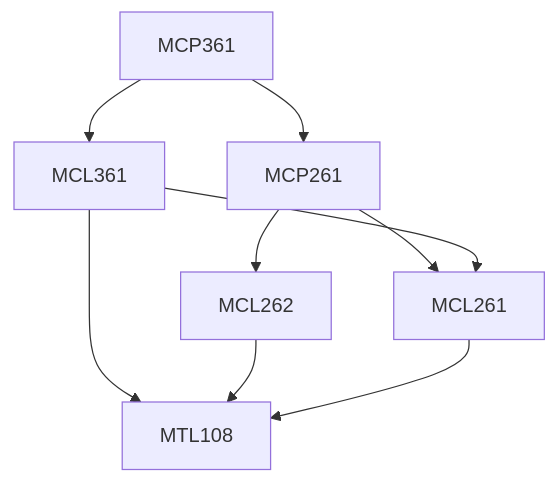
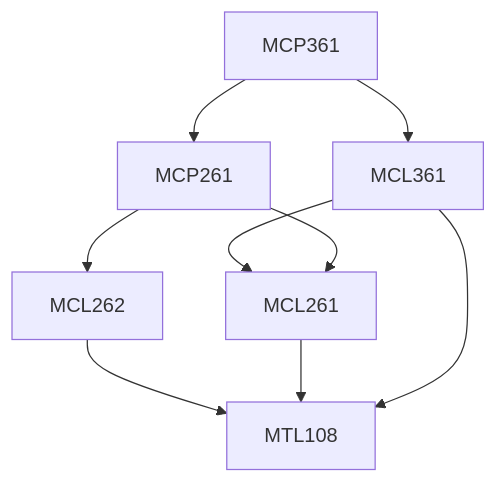
One commit to KeshavBansal0122/CoS_Website changed the diagram in content/Mechanical Engineering/MCP361.md. Above: the diagram before and after it, drawn with Mermaid. The commit also changed other lines of this file and 392 other files, not shown here.

````diff
--- a/content/Mechanical Engineering/MCP361.md
+++ b/content/Mechanical Engineering/MCP361.md
@@ -13,15 +13,15 @@
 ```mermaid
 flowchart TD
 MCP361-474[MCP361]
+MCL361-474 --> MCL261-474[MCL261]
+MCL262-474 --> MTL108-474[MTL108]
+MCP361-474 --> MCL361-474[MCL361]
+MCP261-474 --> MCL261-474[MCL261]
+MCL261-474 --> MTL108-474[MTL108]
 MCL361-474 --> MTL108-474[MTL108]
-MCP261-474 --> MCL261-474[MCL261]
-MCL361-474 --> MCL261-474[MCL261]
+MCP261-474 --> MCL262-474[MCL262]
 MCP361-474 --> MCP261-474[MCP261]
-MCL262-474 --> MTL108-474[MTL108]
-MCL261-474 --> MTL108-474[MTL108]
-MCP261-474 --> MCL262-474[MCL262]
-MCP361-474 --> MCL361-474[MCL361]
 
 classDef empty height:17px, fill:transparent, stroke:transparent;
 classDef trueEmpty height:0px, width:0px;
 ```
````
